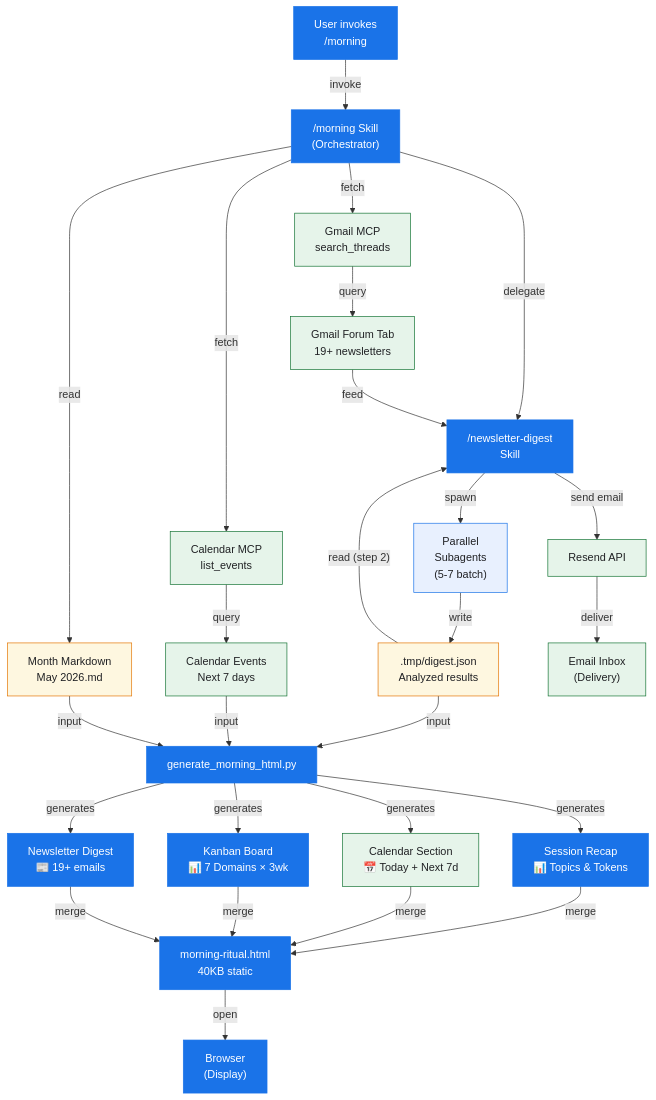
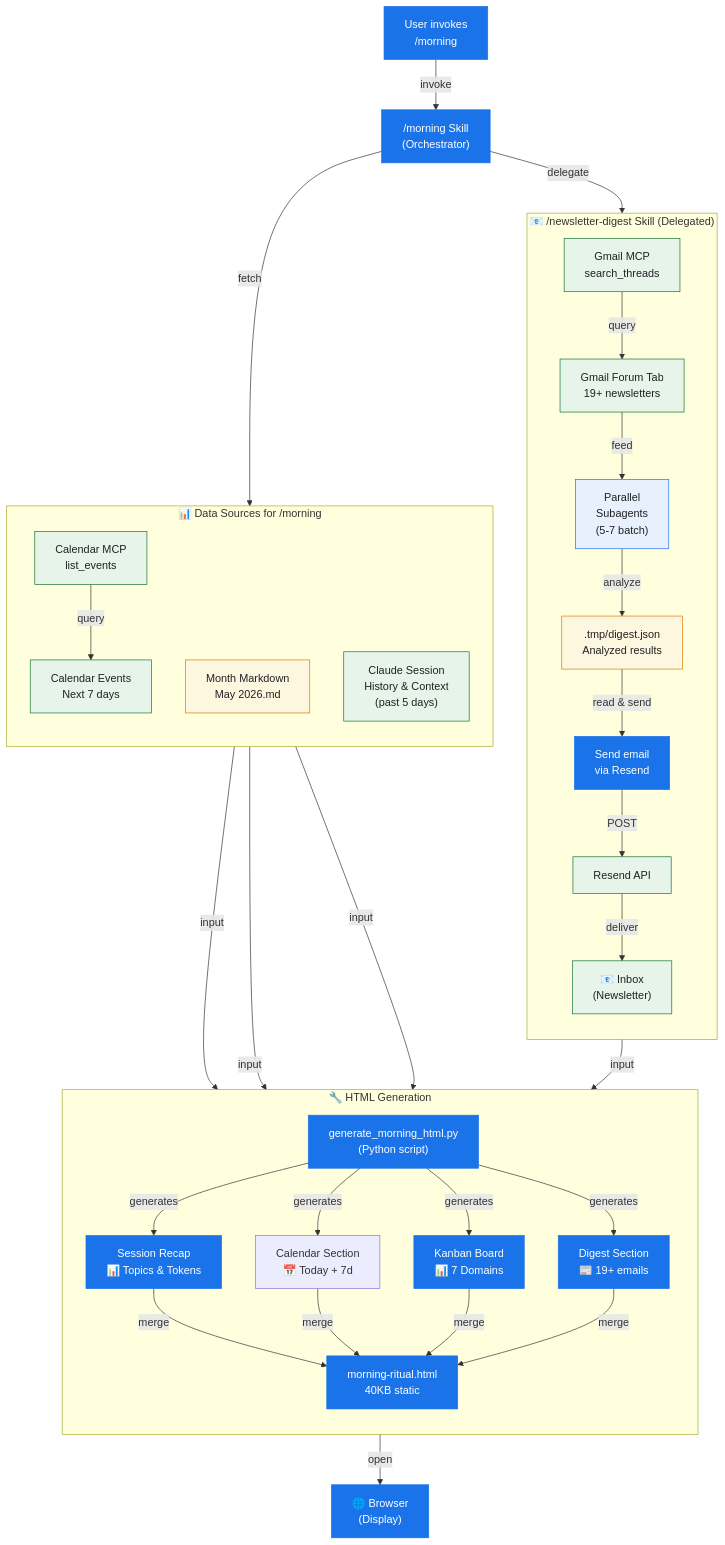
Before and after one commit to xj-2045/morning-ritual: the diagram in README.md, drawn with Mermaid. The commit also changed other lines of this file, not shown here.

Commit message:
refactor: redesign architecture diagram with subgraphs and session history
- /newsletter-digest now shown as background box (subgraph) grouping all newsletter processing steps
- Clarifies that email sending is part of /newsletter-digest skill responsibility
- Adds explicit 'Claude Session History & Context' data source feeding into Python script
- Shows Session Recap is built from Claude Code session data (not from MCP API)
- Separates diagram into three semantic groupings:
  1. /newsletter-digest (delegated background)
  2. Data sources for /morning (grouped)
  3. HTML generation pipeline (grouped)
- Much clearer orchestration: /morning delegates, fetches, runs Python, opens browser
- Explicitly shows all four data inputs to Python: digest.json, calendar, markdown, session history

````diff
--- a/README.md
+++ b/README.md
@@ -53,70 +53,92 @@
 flowchart TB
     user["User invokes<br/>/morning"]
     morning_skill["/morning Skill<br/>(Orchestrator)"]
-    gmail_mcp["Gmail MCP<br/>search_threads"]
-    calendar_mcp["Calendar MCP<br/>list_events"]
-    newsletters["Gmail Forum Tab<br/>19+ newsletters"]
-    events["Calendar Events<br/>Next 7 days"]
-    markdown["Month Markdown<br/>May 2026.md"]
-    digest_skill["/newsletter-digest<br/>Skill"]
-    subagents["Parallel<br/>Subagents<br/>(5-7 batch)"]
-    digest_json[".tmp/digest.json<br/>Analyzed results"]
-    python["generate_morning_html.py"]
-    session_recap["Session Recap<br/>📊 Topics & Tokens"]
-    calendar_section["Calendar Section<br/>📅 Today + Next 7d"]
-    kanban_section["Kanban Board<br/>📊 7 Domains × 3wk"]
-    digest_section["Newsletter Digest<br/>📰 19+ emails"]
-    html["morning-ritual.html<br/>40KB static"]
-    browser["Browser<br/>(Display)"]
-    resend["Resend API"]
-    inbox["Email Inbox<br/>(Delivery)"]
+    
+    subgraph newsletter["📧 /newsletter-digest Skill (Delegated)"]
+        direction TB
+        gmail_mcp["Gmail MCP<br/>search_threads"]
+        newsletters["Gmail Forum Tab<br/>19+ newsletters"]
+        subagents["Parallel<br/>Subagents<br/>(5-7 batch)"]
+        digest_json[".tmp/digest.json<br/>Analyzed results"]
+        send_step["Send email<br/>via Resend"]
+        resend["Resend API"]
+        inbox["📧 Inbox<br/>(Newsletter)"]
+        
+        gmail_mcp -->|"query"| newsletters
+        newsletters -->|"feed"| subagents
+        subagents -->|"analyze"| digest_json
+        digest_json -->|"read & send"| send_step
+        send_step -->|"POST"| resend
+        resend -->|"deliver"| inbox
+    end
+    
+    subgraph morning_data["📊 Data Sources for /morning"]
+        direction TB
+        calendar_mcp["Calendar MCP<br/>list_events"]
+        events["Calendar Events<br/>Next 7 days"]
+        markdown["Month Markdown<br/>May 2026.md"]
+        session_history["Claude Session<br/>History & Context<br/>(past 5 days)"]
+        
+        calendar_mcp -->|"query"| events
+    end
+    
+    subgraph html_gen["🔧 HTML Generation"]
+        direction TB
+        python["generate_morning_html.py<br/>(Python script)"]
+        session_recap["Session Recap<br/>📊 Topics & Tokens"]
+        calendar_section["Calendar Section<br/>📅 Today + 7d"]
+        kanban_section["Kanban Board<br/>📊 7 Domains"]
+        digest_section["Digest Section<br/>📰 19+ emails"]
+        html["morning-ritual.html<br/>40KB static"]
+        
+        python -->|"generates"| session_recap
+        python -->|"generates"| calendar_section
+        python -->|"generates"| kanban_section
+        python -->|"generates"| digest_section
+        session_recap -->|"merge"| html
+        calendar_section -->|"merge"| html
+        kanban_section -->|"merge"| html
+        digest_section -->|"merge"| html
+    end
+    
+    browser["🌐 Browser<br/>(Display)"]
+    
+    %% Orchestration
     user -->|"invoke"| morning_skill
-    morning_skill -->|"fetch"| gmail_mcp
-    morning_skill -->|"fetch"| calendar_mcp
-    morning_skill -->|"read"| markdown
-    gmail_mcp -->|"query"| newsletters
-    calendar_mcp -->|"query"| events
-    morning_skill -->|"delegate"| digest_skill
-    newsletters -->|"feed"| digest_skill
-    digest_skill -->|"spawn"| subagents
-    subagents -->|"write"| digest_json
-    digest_json -->|"read (step 2)"| digest_skill
-    digest_skill -->|"send email"| resend
-    resend -->|"deliver"| inbox
+    morning_skill -->|"delegate"| newsletter
+    morning_skill -->|"fetch"| morning_data
+    
+    %% Data flow to Python
     digest_json -->|"input"| python
     events -->|"input"| python
     markdown -->|"input"| python
-    python -->|"generates"| session_recap
-    python -->|"generates"| calendar_section
-    python -->|"generates"| kanban_section
-    python -->|"generates"| digest_section
-    session_recap -->|"merge"| html
-    calendar_section -->|"merge"| html
-    kanban_section -->|"merge"| html
-    digest_section -->|"merge"| html
+    session_history -->|"input"| python
+    
+    %% Final output
     html -->|"open"| browser
-
+    
     classDef parent fill:#1a73e8,stroke:#1a73e8,color:#fff
     classDef subagent fill:#e8f0fe,stroke:#1a73e8,color:#202124
     classDef storage fill:#fef7e0,stroke:#e37400,color:#202124
     classDef external fill:#e6f4ea,stroke:#137333,color:#202124
+    
     class user parent
     class morning_skill parent
+    class python parent
+    class html parent
+    class browser parent
+    class session_recap parent
+    class kanban_section parent
+    class digest_section parent
+    class subagents subagent
     class gmail_mcp external
     class calendar_mcp external
     class newsletters external
     class events external
-    class markdown storage
-    class digest_skill parent
-    class subagents subagent
-    class digest_json storage
-    class python parent
-    class session_recap parent
-    class calendar_section external
-    class kanban_section parent
-    class digest_section parent
-    class html parent
-    class browser parent
+    class session_history external
     class resend external
     class inbox external
+    class markdown storage
+    class digest_json storage
+    class send_step parent
 ```
````
